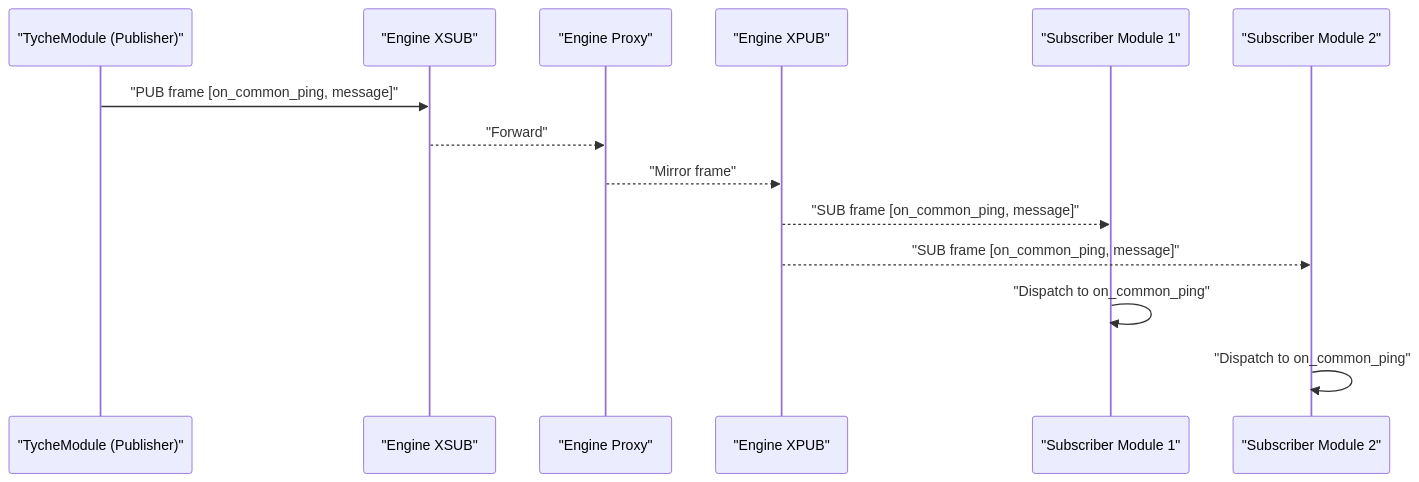
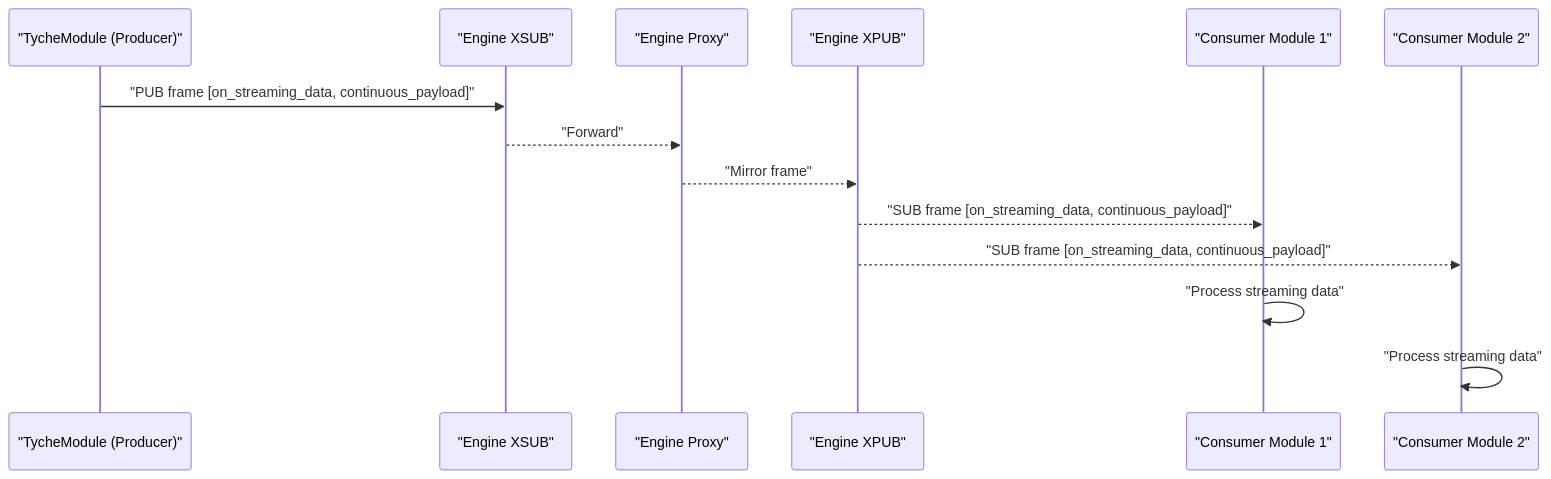
The sixth of 7 diagrams in .qoder/repowiki/en/content/Communication Patterns/Communication Patterns.md (zt281/TycheEngine), drawn with Mermaid before and after one commit. The commit also changed other lines of this file and 11 other files, not shown here.

````diff
--- a/.qoder/repowiki/en/content/Communication Patterns/Communication Patterns.md
+++ b/.qoder/repowiki/en/content/Communication Patterns/Communication Patterns.md
@@ -318,16 +329,16 @@
 ```mermaid
 sequenceDiagram
-participant Sender as "TycheModule (Publisher)"
+participant Producer as "TycheModule (Producer)"
 participant XSUB as "Engine XSUB"
 participant Proxy as "Engine Proxy"
 participant XPUB as "Engine XPUB"
-participant Sub1 as "Subscriber Module 1"
-participant Sub2 as "Subscriber Module 2"
-Sender->>XSUB : "PUB frame [on_common_ping, message]"
+participant Consumer1 as "Consumer Module 1"
+participant Consumer2 as "Consumer Module 2"
+Producer->>XSUB : "PUB frame [on_streaming_data, continuous_payload]"
 XSUB-->>Proxy : "Forward"
 Proxy-->>XPUB : "Mirror frame"
-XPUB-->>Sub1 : "SUB frame [on_common_ping, message]"
-XPUB-->>Sub2 : "SUB frame [on_common_ping, message]"
-Sub1->>Sub1 : "Dispatch to on_common_ping"
-Sub2->>Sub2 : "Dispatch to on_common_ping"
+XPUB-->>Consumer1 : "SUB frame [on_streaming_data, continuous_payload]"
+XPUB-->>Consumer2 : "SUB frame [on_streaming_data, continuous_payload]"
+Consumer1->>Consumer1 : "Process streaming data"
+Consumer2->>Consumer2 : "Process streaming data"
 ```
````
